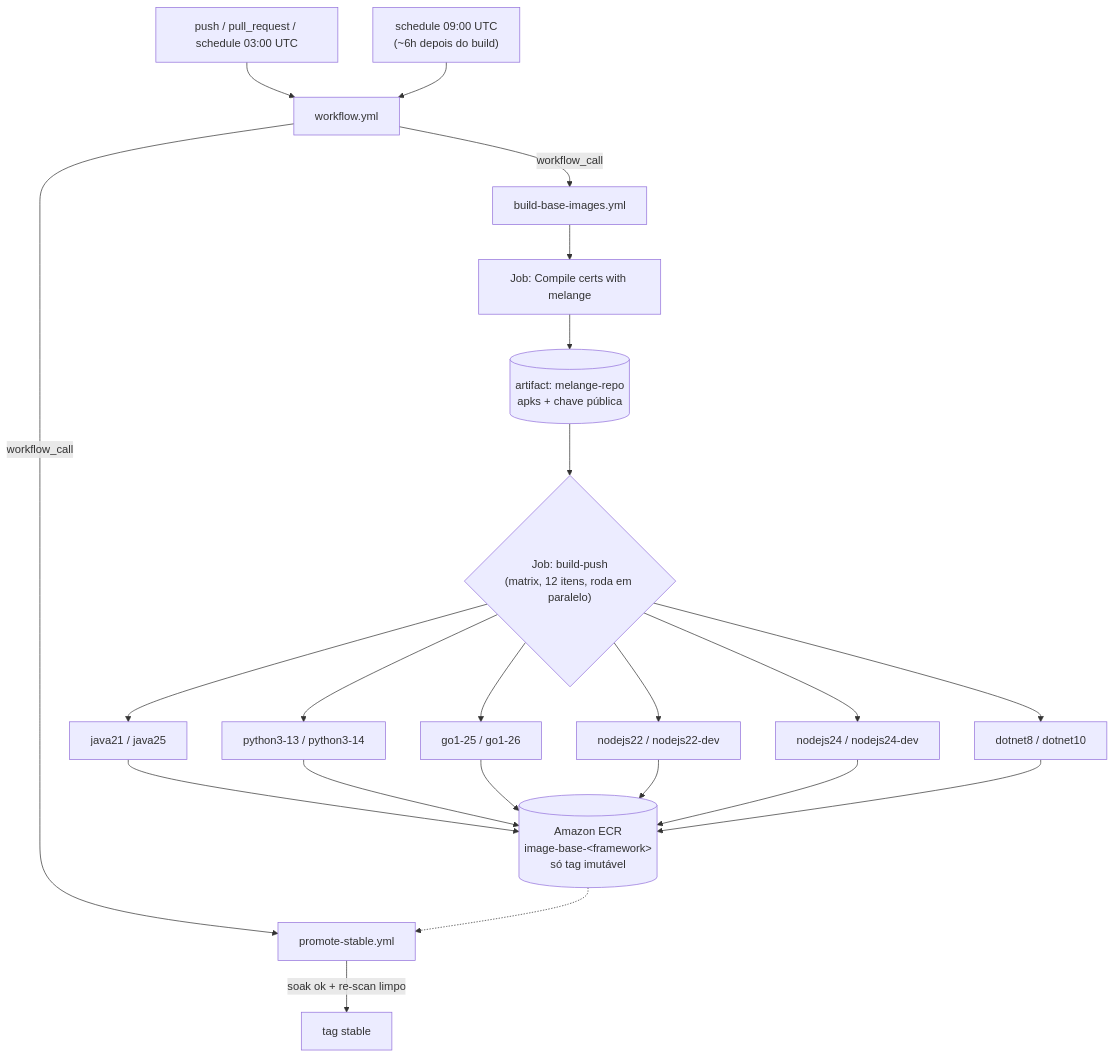
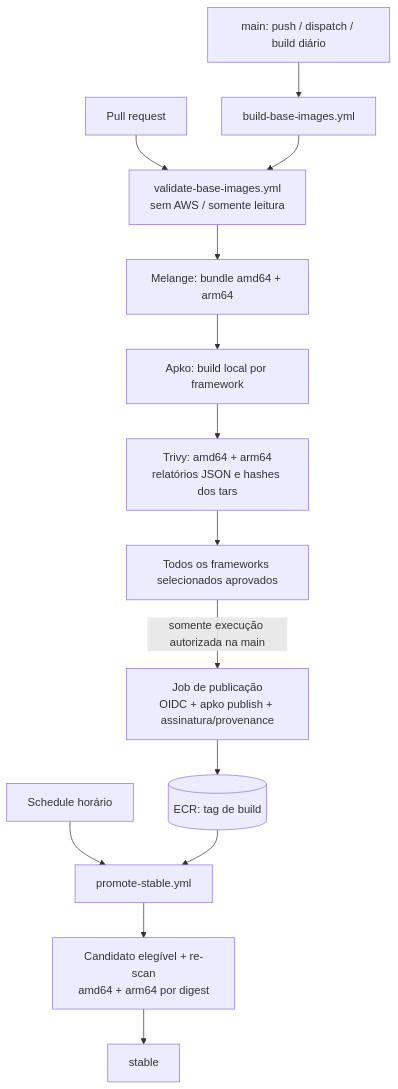
The third of 3 diagrams in README.md (alric-corp/itau-xj7-containers-image-base), drawn with Mermaid before and after one commit. The commit also changed other lines of this file and 10 other files, not shown here.

````diff
--- a/README.md
+++ b/README.md
@@ -191,24 +196,16 @@
 ```mermaid
 flowchart TD
-    T1["push / pull_request / schedule 03:00 UTC"] --> W["workflow.yml"]
-    T2["schedule 09:00 UTC<br/>(~6h depois do build)"] --> W
-
-    W -- "workflow_call" --> R["build-base-images.yml"]
-    W -- "workflow_call" --> P["promote-stable.yml"]
-
-    R --> M["Job: Compile certs with melange"]
-    M --> AR[("artifact: melange-repo<br/>apks + chave pública")]
-
-    AR --> X{"Job: build-push<br/>(matrix, 12 itens, roda em paralelo)"}
-    X --> J1["java21 / java25"]
-    X --> J2["python3-13 / python3-14"]
-    X --> J3["go1-25 / go1-26"]
-    X --> J4["nodejs22 / nodejs22-dev"]
-    X --> J5["nodejs24 / nodejs24-dev"]
-    X --> J6["dotnet8 / dotnet10"]
-
-    J1 & J2 & J3 & J4 & J5 & J6 --> ECR[("Amazon ECR<br/>image-base-&lt;framework&gt;<br/>só tag imutável")]
-
-    ECR -.-> P
-    P -->|"soak ok + re-scan limpo"| STABLE["tag stable"]
+    PR["Pull request"] --> V["validate-base-images.yml<br/>sem AWS / somente leitura"]
+    MAIN["main: push / dispatch / build diário"] --> B["build-base-images.yml"]
+    B --> V
+    V --> M["Melange: bundle amd64 + arm64"]
+    M --> A["Apko: build local por framework"]
+    A --> S["Trivy: amd64 + arm64<br/>relatórios JSON e hashes dos tars"]
+    S --> G["Todos os frameworks selecionados aprovados"]
+    G -->|"somente execução autorizada na main"| PUB["Job de publicação<br/>OIDC + apko publish + assinatura/provenance"]
+    PUB --> ECR[("ECR: tag de build")]
+    H["Schedule horário"] --> P["promote-stable.yml"]
+    ECR --> P
+    P --> SOAK["Candidato elegível + re-scan<br/>amd64 + arm64 por digest"]
+    SOAK --> STABLE["stable"]
 ```
````
